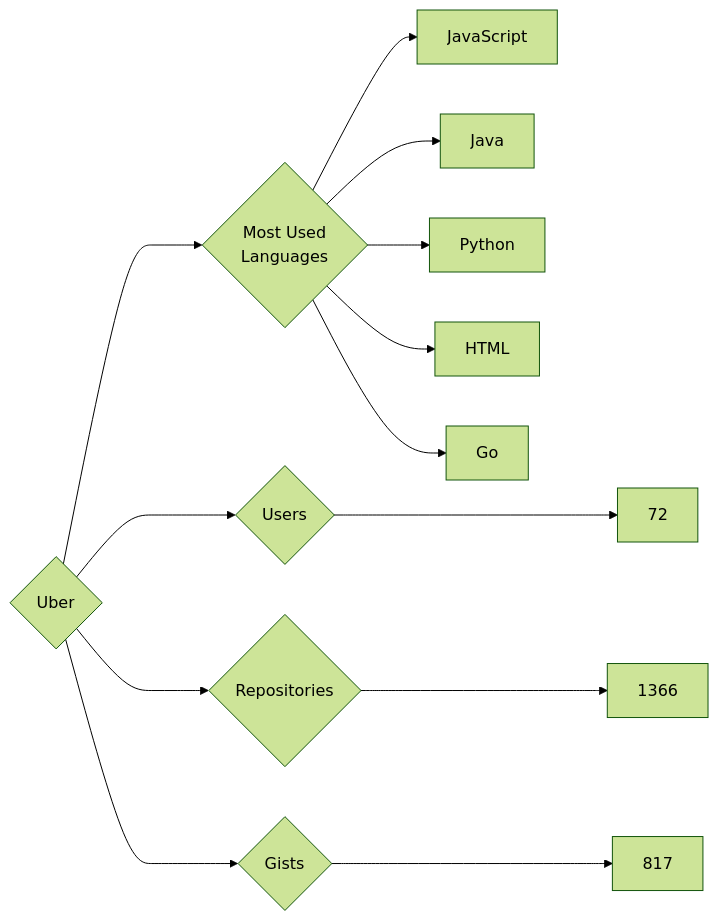
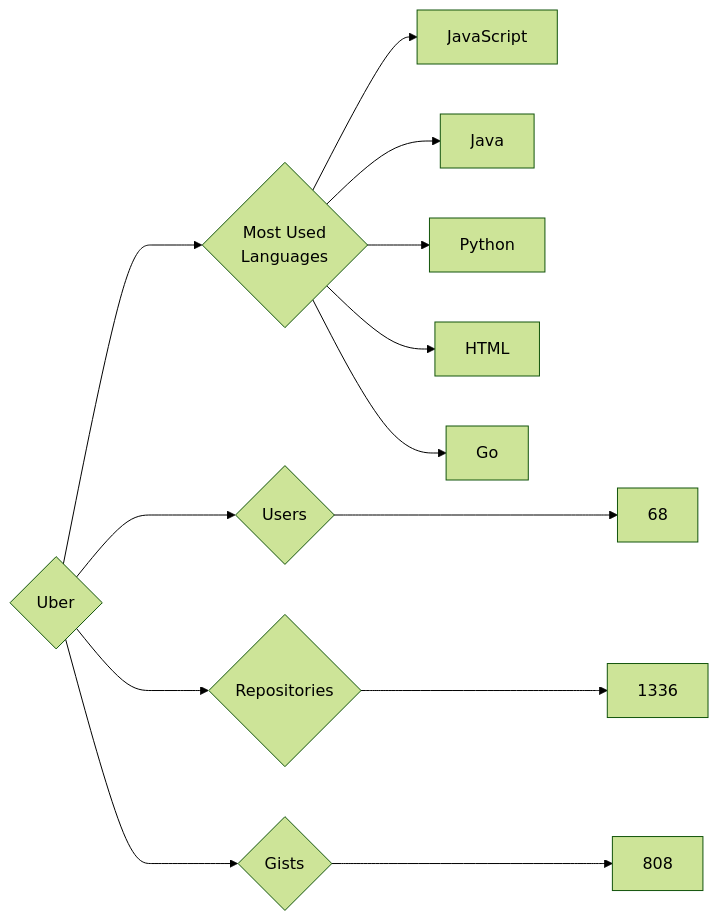
Before and after one commit to trickest/insiders: the diagram in targets/Uber/README.md, drawn with Mermaid (forest theme). The commit also changed 948 other files, not shown here.

````diff
--- a/targets/Uber/README.md
+++ b/targets/Uber/README.md
@@ -3,13 +3,13 @@
 ```mermaid
 graph LR
 COMPANY_NAME{Uber}
-COMPANY_NAME ---> U{Users} ---> UN[72]
-COMPANY_NAME ---> R{Repositories} ---> RN[1366]
-COMPANY_NAME ---> G{Gists} ---> GN[817]
+COMPANY_NAME ---> U{Users} ---> UN[68]
+COMPANY_NAME ---> R{Repositories} ---> RN[1336]
+COMPANY_NAME ---> G{Gists} ---> GN[808]
 COMPANY_NAME ---> ML{Most Used<br>Languages}
 ML --> JavaScript[JavaScript]
 ML --> Java[Java]
 ML --> Python[Python]
 ML --> HTML[HTML]
 ML --> Go[Go]
 ```
````
